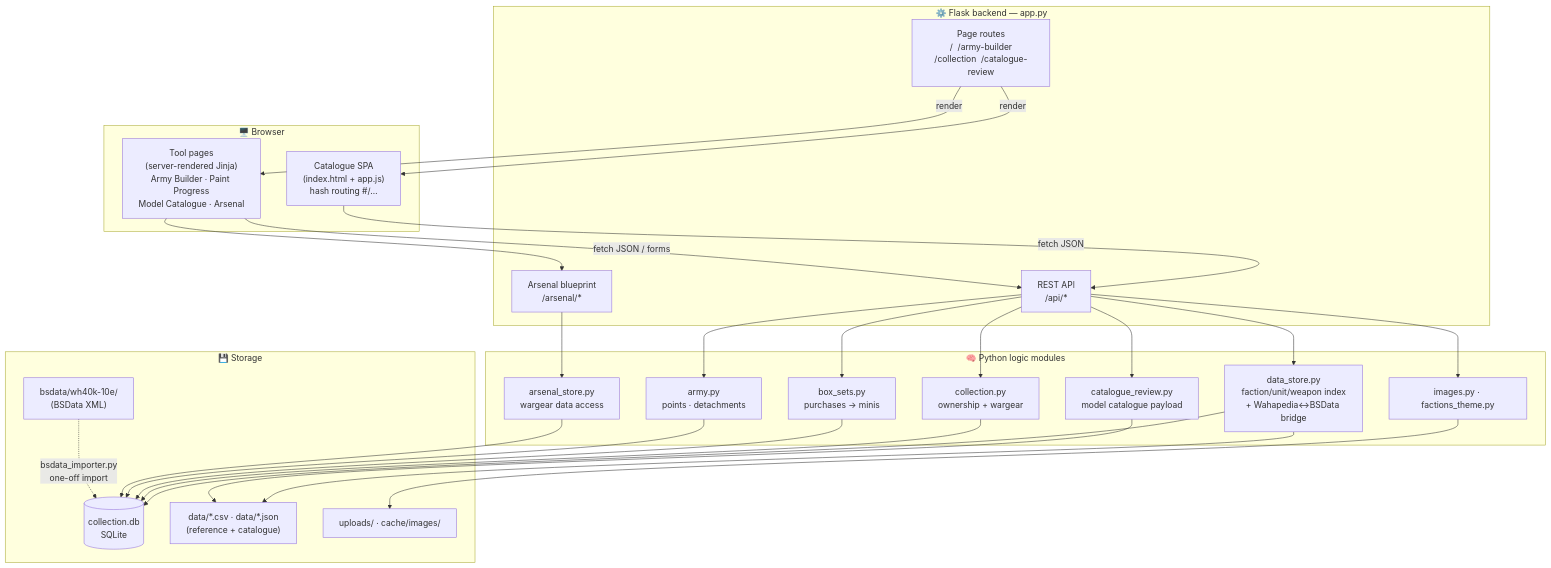
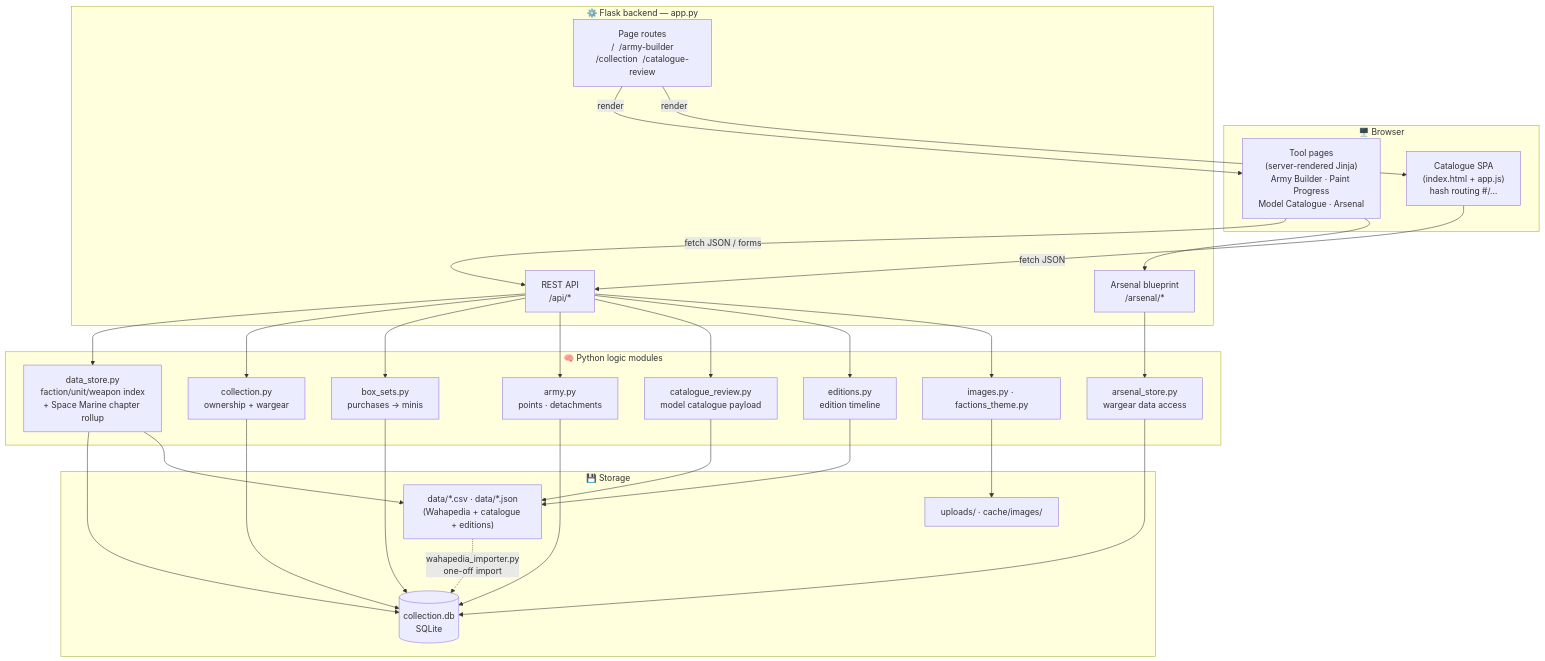
One commit to Unfunded8495/Codex-Armorum changed the first of 12 diagrams in CODEX_ARMORUM_APP_MAP.md. Above: the diagram before and after it, drawn with Mermaid. The commit also changed other lines of this file and 14 other files, not shown here.

````diff
--- a/CODEX_ARMORUM_APP_MAP.md
+++ b/CODEX_ARMORUM_APP_MAP.md
@@ -33,45 +33,45 @@
 ```mermaid
 flowchart TB
     subgraph Browser["🖥️ Browser"]
         SPA["Catalogue SPA<br/>(index.html + app.js)<br/>hash routing #/…"]
         TOOLS["Tool pages<br/>(server-rendered Jinja)<br/>Army Builder · Paint Progress<br/>Model Catalogue · Arsenal"]
     end
 
     subgraph Flask["⚙️ Flask backend — app.py"]
         PAGES["Page routes<br/>/  /army-builder<br/>/collection  /catalogue-review"]
         API["REST API<br/>/api/*"]
         BP["Arsenal blueprint<br/>/arsenal/*"]
     end
 
     subgraph Logic["🧠 Python logic modules"]
-        DS["data_store.py<br/>faction/unit/weapon index<br/>+ Wahapedia↔BSData bridge"]
+        DS["data_store.py<br/>faction/unit/weapon index<br/>+ Space Marine chapter rollup"]
         COL["collection.py<br/>ownership + wargear"]
         BOX["box_sets.py<br/>purchases → minis"]
         ARMY["army.py<br/>points · detachments"]
         CAT["catalogue_review.py<br/>model catalogue payload"]
+        EDS["editions.py<br/>edition timeline"]
         ARS["arsenal_store.py<br/>wargear data access"]
         IMG["images.py · factions_theme.py"]
     end
 
     subgraph Store["💾 Storage"]
         DB[("collection.db<br/>SQLite")]
-        REF["data/*.csv · data/*.json<br/>(reference + catalogue)"]
-        XML["bsdata/wh40k-10e/<br/>(BSData XML)"]
+        REF["data/*.csv · data/*.json<br/>(Wahapedia + catalogue + editions)"]
         FILES["uploads/ · cache/images/"]
     end
 
     SPA -->|fetch JSON| API
     TOOLS -->|fetch JSON / forms| API
     TOOLS --> BP
     PAGES -->|render| TOOLS
     PAGES -->|render| SPA
 
-    API --> DS & COL & BOX & ARMY & CAT & IMG
+    API --> DS & COL & BOX & ARMY & CAT & EDS & IMG
     BP --> ARS
     DS --> DB & REF
     COL & BOX & ARMY --> DB
-    CAT --> REF
+    CAT & EDS --> REF
     ARS --> DB
     IMG --> FILES
-    XML -.->|bsdata_importer.py<br/>one-off import| DB
+    REF -.->|wahapedia_importer.py<br/>one-off import| DB
 ```
````
